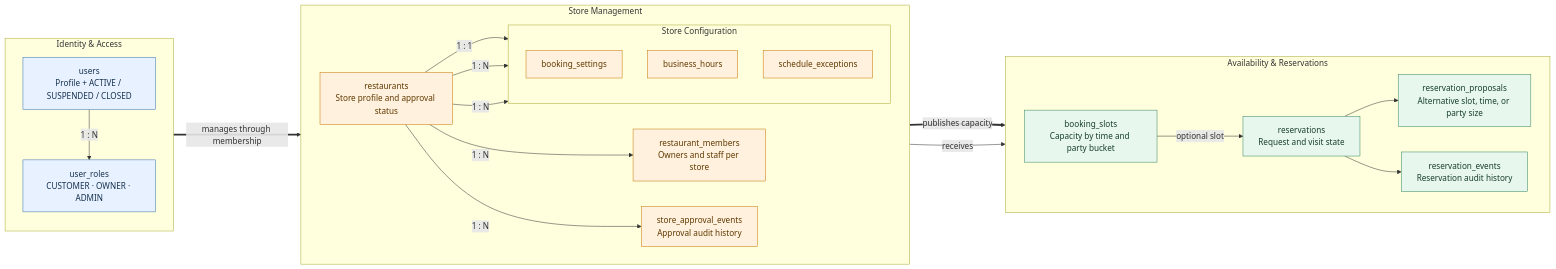
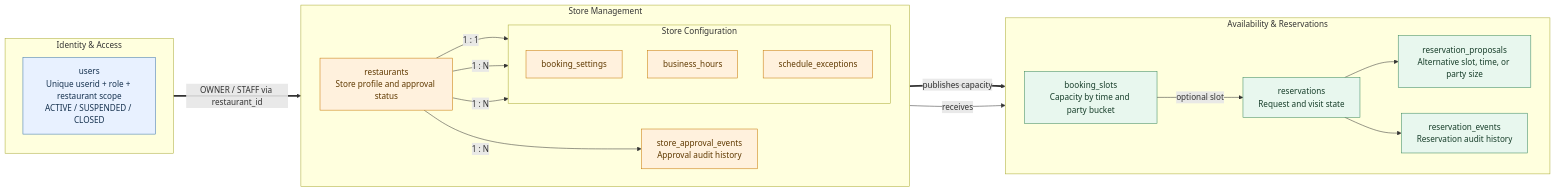
The diagram in doc/database/schema-overview.md (LamNz79/Sibang-Hankki-Vietnam), drawn with Mermaid before and after one commit. The commit also changed other lines of this file and 5 other files, not shown here.

````diff
--- a/doc/database/schema-overview.md
+++ b/doc/database/schema-overview.md
@@ -5,53 +5,49 @@
 ```mermaid
 flowchart LR
   subgraph Identity["Identity & Access"]
     direction TB
-    users["users<br/>Profile + ACTIVE / SUSPENDED / CLOSED"]
-    user_roles["user_roles<br/>CUSTOMER · OWNER · ADMIN"]
-    users -->|"1 : N"| user_roles
+    users["users<br/>Unique userid + role + restaurant scope<br/>ACTIVE / SUSPENDED / CLOSED"]
   end
 
   subgraph Store["Store Management"]
     direction LR
     restaurants["restaurants<br/>Store profile and approval status"]
-    restaurant_members["restaurant_members<br/>Owners and staff per store"]
     approval_events["store_approval_events<br/>Approval audit history"]
 
     subgraph StoreConfig["Store Configuration"]
       direction TB
       booking_settings["booking_settings"]
       business_hours["business_hours"]
       schedule_exceptions["schedule_exceptions"]
     end
 
-    restaurants -->|"1 : N"| restaurant_members
     restaurants -->|"1 : N"| approval_events
     restaurants -->|"1 : 1"| booking_settings
     restaurants -->|"1 : N"| business_hours
     restaurants -->|"1 : N"| schedule_exceptions
   end
 
   subgraph Booking["Availability & Reservations"]
     direction LR
     booking_slots["booking_slots<br/>Capacity by time and party bucket"]
     reservations["reservations<br/>Request and visit state"]
     proposals["reservation_proposals<br/>Alternative slot, time, or party size"]
     reservation_events["reservation_events<br/>Reservation audit history"]
 
     booking_slots -->|"optional slot"| reservations
     reservations --> proposals
     reservations --> reservation_events
   end
 
-  users ==>|"manages through membership"| restaurant_members
+  users ==>|"OWNER / STAFF via restaurant_id"| restaurants
   restaurants ==>|"publishes capacity"| booking_slots
   restaurants -->|"receives"| reservations
 
   classDef identity fill:#e8f1ff,stroke:#3973ac,color:#16324f;
   classDef store fill:#fff1dd,stroke:#c77700,color:#5f3900;
   classDef booking fill:#e8f7ee,stroke:#37865a,color:#173e2a;
 
-  class users,user_roles identity;
-  class restaurants,restaurant_members,approval_events,booking_settings,business_hours,schedule_exceptions store;
+  class users identity;
+  class restaurants,approval_events,booking_settings,business_hours,schedule_exceptions store;
   class booking_slots,reservations,proposals,reservation_events booking;
 ```
````
